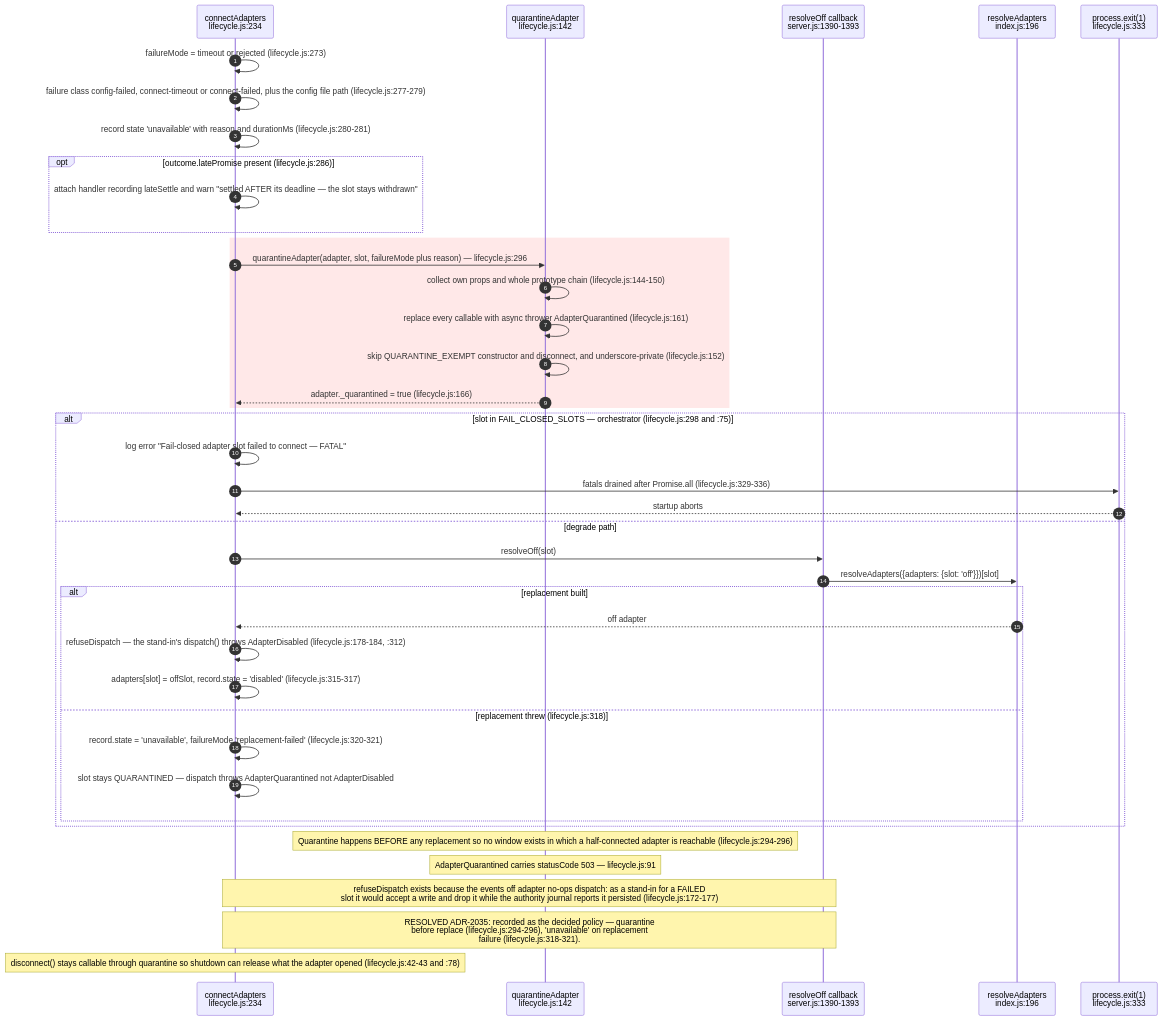
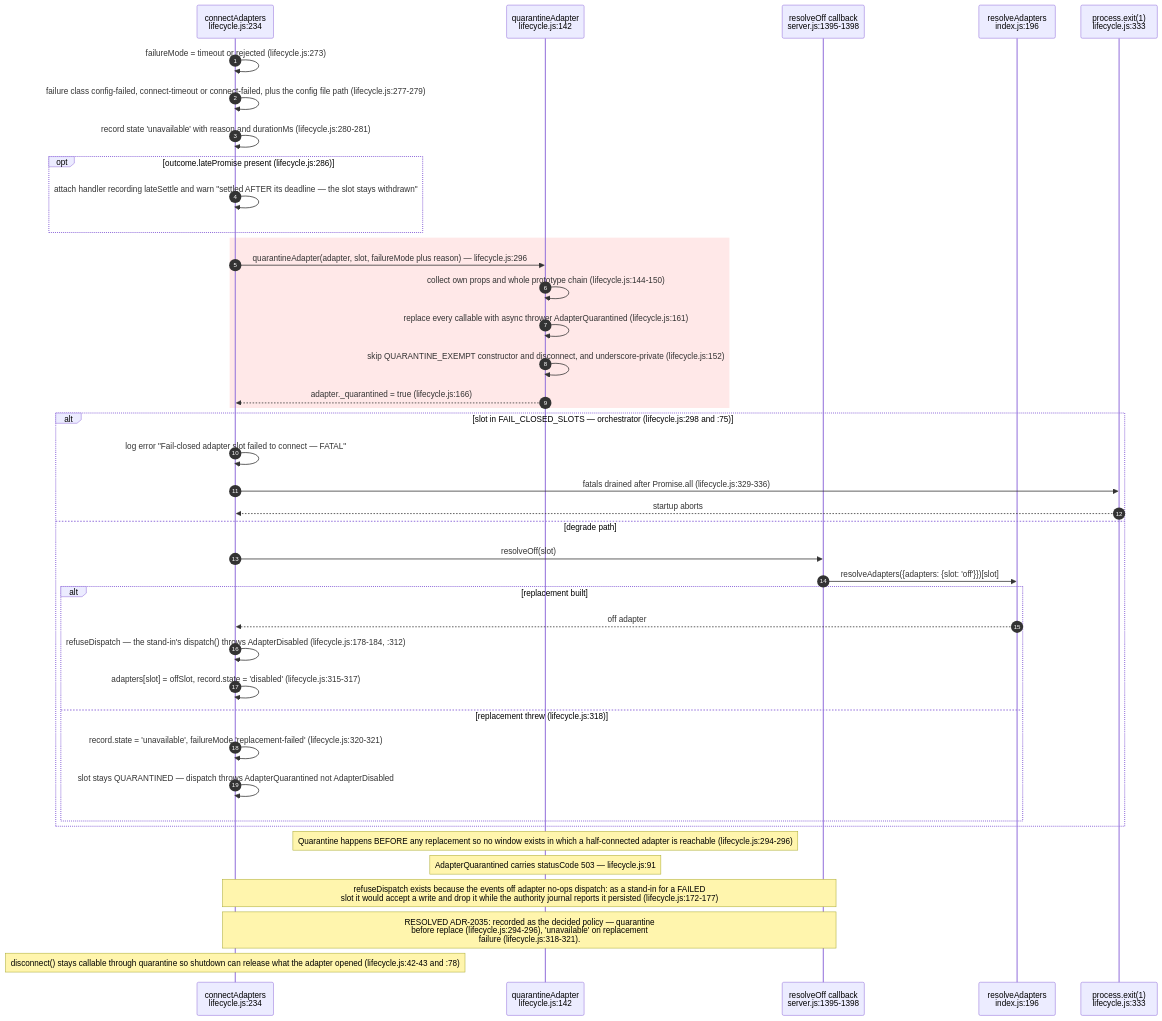
Before and after one commit to DreamLab-AI/VisionFlow: the seventh of 17 diagrams in docs/diagrams/agentbox/04-adapter-spine.md, drawn with Mermaid. The commit also changed other lines of this file and 18 other files, not shown here.

First line of the commit message:
docs(diagrams): freeze panels for fixed defects and add successors at the fix revisions

````diff
--- a/docs/diagrams/agentbox/04-adapter-spine.md
+++ b/docs/diagrams/agentbox/04-adapter-spine.md
@@ -312,44 +313,44 @@
 ```mermaid
 sequenceDiagram
     autonumber
     participant LC as connectAdapters<br/>lifecycle.js:234
     participant Q as quarantineAdapter<br/>lifecycle.js:142
-    participant RO as resolveOff callback<br/>server.js:1390-1393
+    participant RO as resolveOff callback<br/>server.js:1395-1398
     participant IDX as resolveAdapters<br/>index.js:196
     participant PX as process.exit(1)<br/>lifecycle.js:333
 
     LC->>LC: failureMode = timeout or rejected (lifecycle.js:273)
     LC->>LC: failure class config-failed, connect-timeout or connect-failed, plus the config file path (lifecycle.js:277-279)
     LC->>LC: record state 'unavailable' with reason and durationMs (lifecycle.js:280-281)
     opt outcome.latePromise present (lifecycle.js:286)
         LC->>LC: attach handler recording lateSettle and warn "settled AFTER its deadline — the slot stays withdrawn"
     end
     rect rgb(255, 232, 232)
         LC->>Q: quarantineAdapter(adapter, slot, failureMode plus reason) — lifecycle.js:296
         Q->>Q: collect own props and whole prototype chain (lifecycle.js:144-150)
         Q->>Q: replace every callable with async thrower AdapterQuarantined (lifecycle.js:161)
         Q->>Q: skip QUARANTINE_EXEMPT constructor and disconnect, and underscore-private (lifecycle.js:152)
         Q-->>LC: adapter._quarantined = true (lifecycle.js:166)
     end
     alt slot in FAIL_CLOSED_SLOTS — orchestrator (lifecycle.js:298 and :75)
         LC->>LC: log error "Fail-closed adapter slot failed to connect — FATAL"
         LC->>PX: fatals drained after Promise.all (lifecycle.js:329-336)
         PX-->>LC: startup aborts
     else degrade path
         LC->>RO: resolveOff(slot)
         RO->>IDX: resolveAdapters({adapters: {slot: 'off'}})[slot]
         alt replacement built
             IDX-->>LC: off adapter
             LC->>LC: refuseDispatch — the stand-in's dispatch() throws AdapterDisabled (lifecycle.js:178-184, :312)
             LC->>LC: adapters[slot] = offSlot, record.state = 'disabled' (lifecycle.js:315-317)
         else replacement threw (lifecycle.js:318)
             LC->>LC: record.state = 'unavailable', failureMode 'replacement-failed' (lifecycle.js:320-321)
             LC->>LC: slot stays QUARANTINED — dispatch throws AdapterQuarantined not AdapterDisabled
         end
     end
     Note over Q: Quarantine happens BEFORE any replacement so no window exists in which a half-connected adapter is reachable (lifecycle.js:294-296)
     Note over Q: AdapterQuarantined carries statusCode 503 — lifecycle.js:91
     Note over LC,RO: refuseDispatch exists because the events off adapter no-ops dispatch: as a stand-in for a FAILED<br/>slot it would accept a write and drop it while the authority journal reports it persisted (lifecycle.js:172-177)
     Note over LC,RO: RESOLVED ADR-2035: recorded as the decided policy — quarantine<br/>before replace (lifecycle.js:294-296), 'unavailable' on replacement<br/>failure (lifecycle.js:318-321).
     Note over LC: disconnect() stays callable through quarantine so shutdown can release what the adapter opened (lifecycle.js:42-43 and :78)
 ```
````
